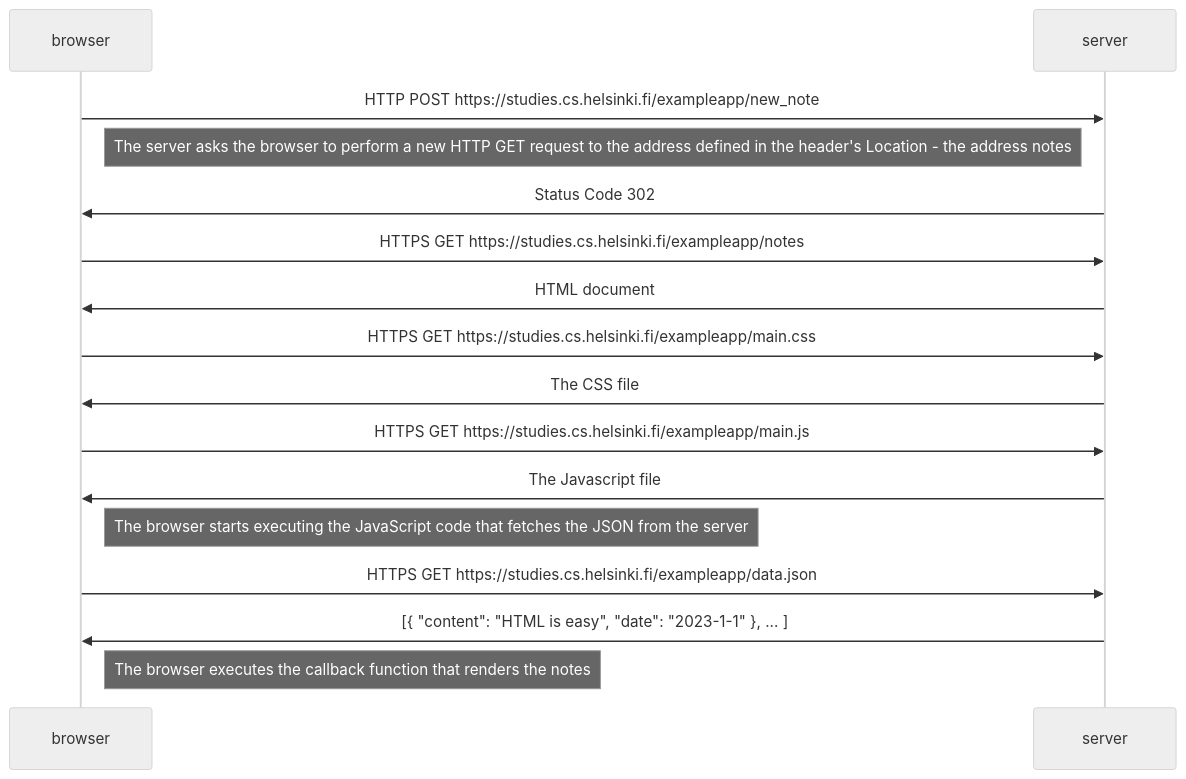
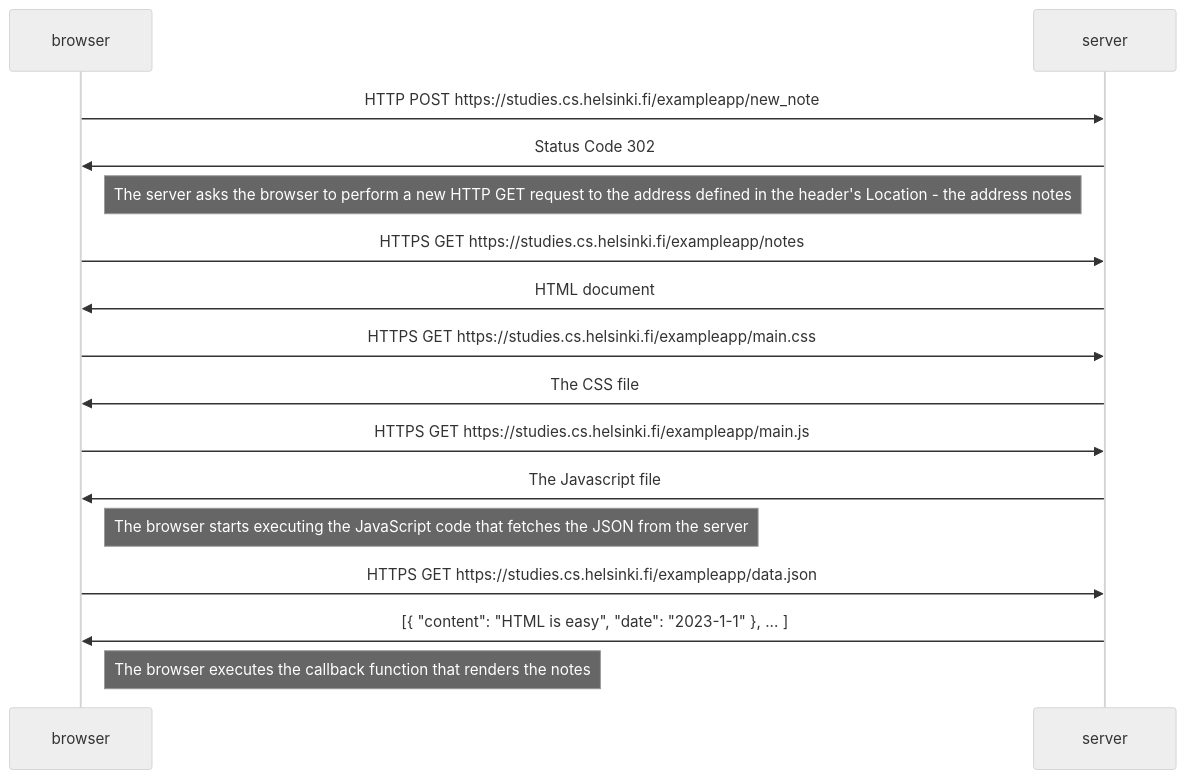
The diagram in part0/0.4.md (freesalome/fullstackopen), drawn with Mermaid (neutral theme) before and after one commit. The commit also changed other lines of this file, not shown here.

Commit message:
Fix note formatting in sequence diagram

````diff
--- a/part0/0.4.md
+++ b/part0/0.4.md
@@ -1,31 +1,31 @@
 ```mermaid
 
 sequenceDiagram
 
 browser->>server: HTTP POST https://studies.cs.helsinki.fi/exampleapp/new_note
 
+server->>browser: Status Code 302
+
 Note left of server: The server asks the browser to perform a new HTTP GET request to the address defined in the header's Location - the address notes
-
-server->>browser: Status Code 302
 
 browser->>server: HTTPS GET https://studies.cs.helsinki.fi/exampleapp/notes
 
 server->>browser: HTML document
 
 browser->>server: HTTPS GET https://studies.cs.helsinki.fi/exampleapp/main.css
 
 server->>browser: The CSS file
 
 browser->>server: HTTPS GET https://studies.cs.helsinki.fi/exampleapp/main.js
 
 server->>browser: The Javascript file
 
 Note right of browser: The browser starts executing the JavaScript code that fetches the JSON from the server
 
 browser->>server: HTTPS GET https://studies.cs.helsinki.fi/exampleapp/data.json
 
 server->>browser: [{ "content": "HTML is easy", "date": "2023-1-1" }, ... ]
 
 Note right of browser: The browser executes the callback function that renders the notes
 
 ```
````
